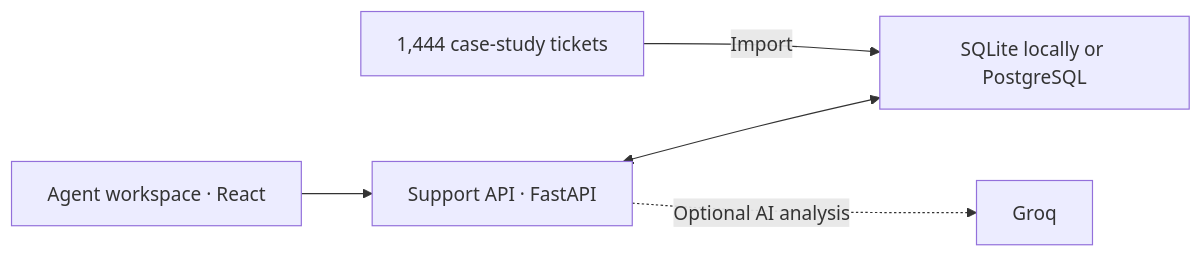
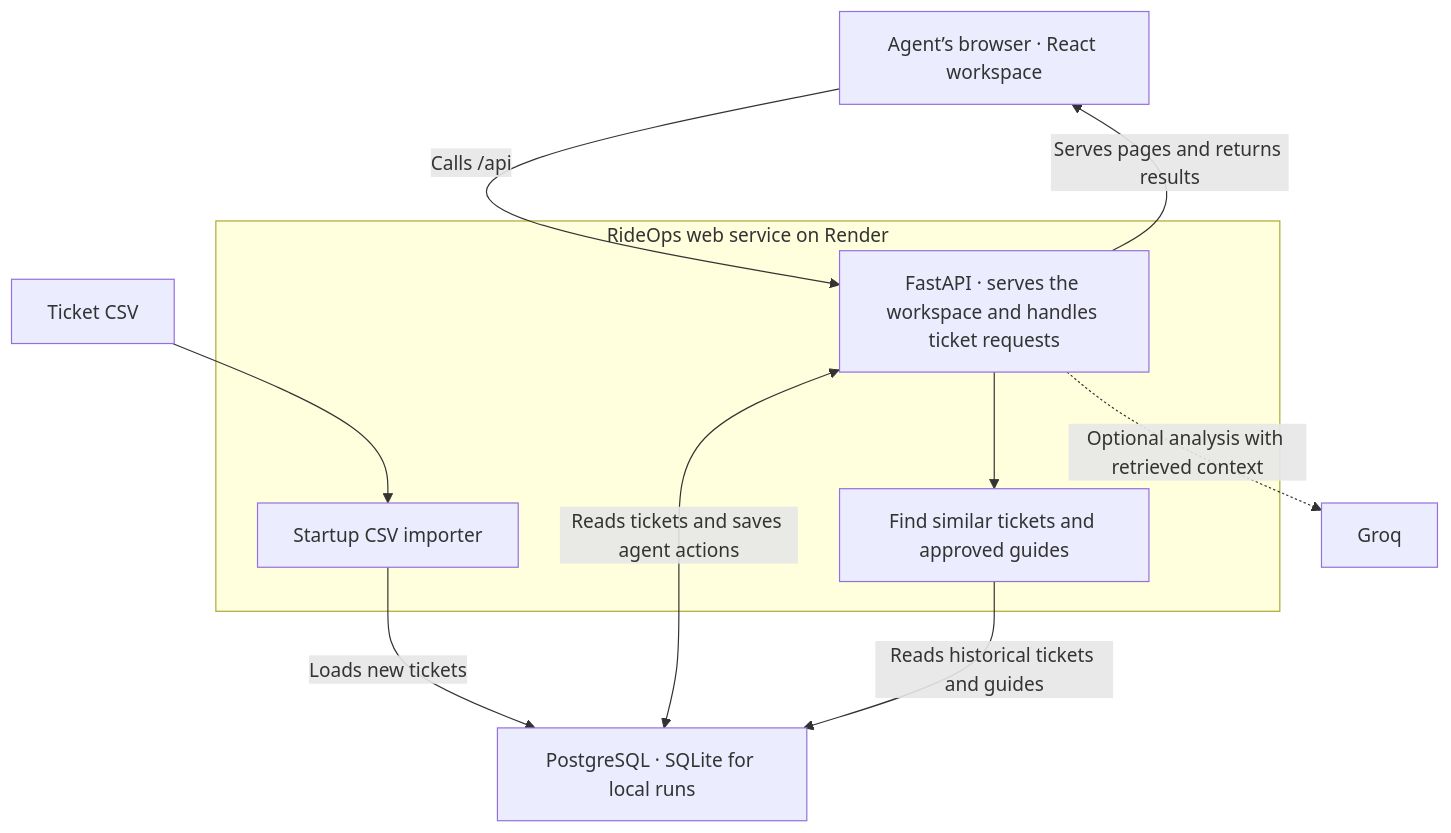
Before and after one commit to mohdsaqb/rideops-resolve: the first of 2 diagrams in README.md, drawn with Mermaid.

Commit message:
Correct the RideOps architecture diagram

````diff
--- a/README.md
+++ b/README.md
@@ -9,7 +9,17 @@
 ```mermaid
-flowchart LR
-    UI["Agent workspace · React"] --> API["Support API · FastAPI"]
-    API <--> DB["SQLite locally or PostgreSQL"]
-    CSV["1,444 case-study tickets"] -->|Import| DB
-    API -. Optional AI analysis .-> Groq["Groq"]
+flowchart TD
+    UI["Agent’s browser · React workspace"]
+    subgraph service["RideOps web service on Render"]
+        API["FastAPI · serves the workspace and handles ticket requests"]
+        Search["Find similar tickets and approved guides"]
+        Import["Startup CSV importer"]
+    end
+    UI -->|Calls /api| API
+    API -->|Serves pages and returns results| UI
+    CSV["Ticket CSV"] --> Import
+    Import -->|Loads new tickets| DB["PostgreSQL · SQLite for local runs"]
+    API <-->|Reads tickets and saves agent actions| DB
+    API --> Search
+    Search -->|Reads historical tickets and guides| DB
+    API -.->|Optional analysis with retrieved context| Groq["Groq"]
 ```
````
